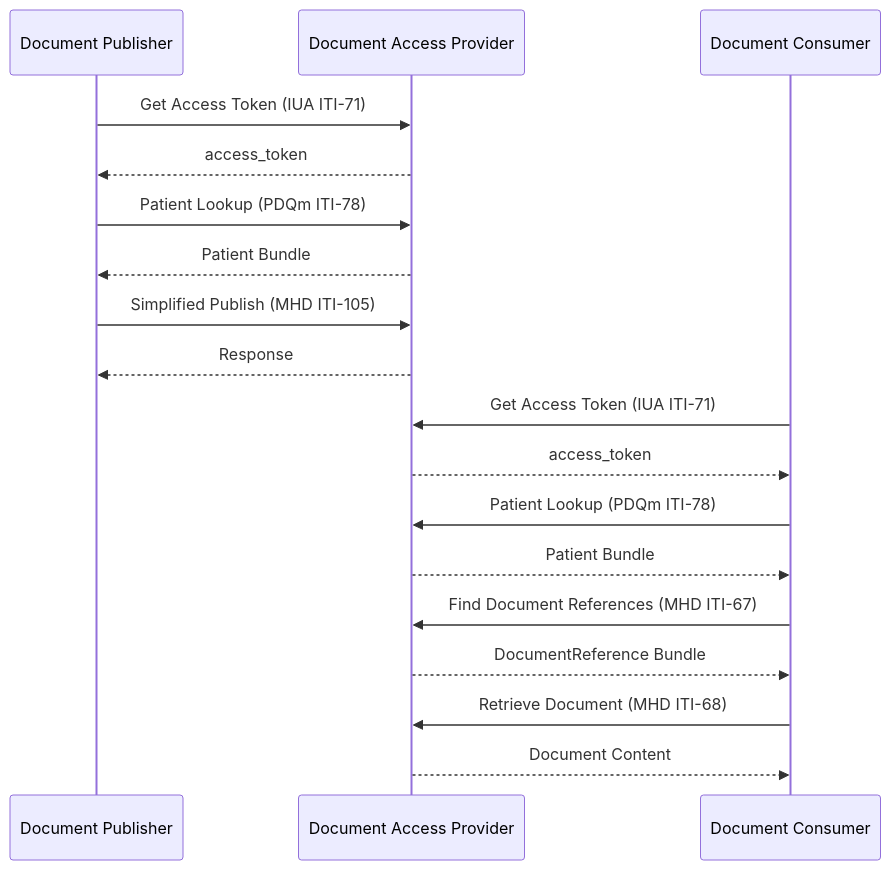
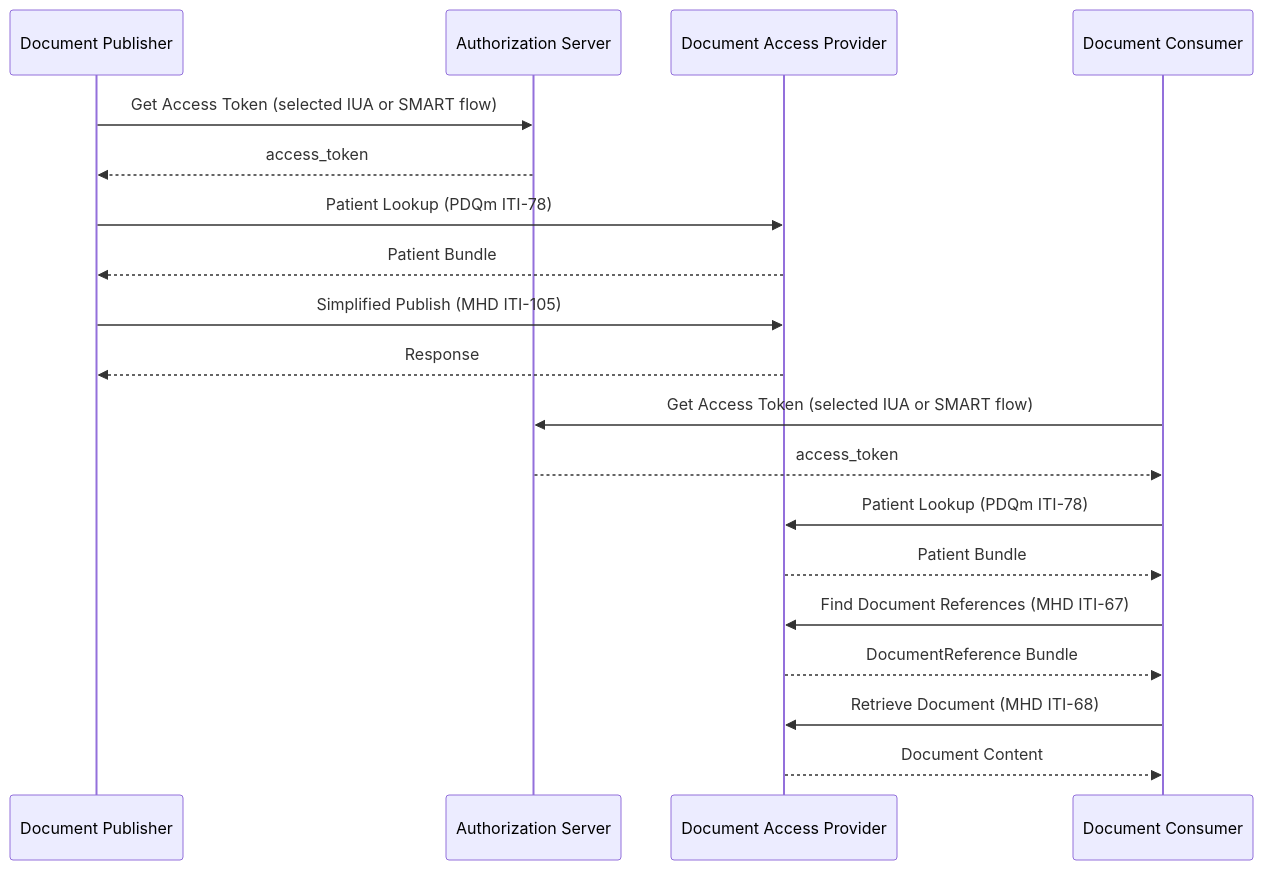
The first of 2 diagrams in input/pagecontent/actors.md (euridice-org/eu-health-data-api), drawn with Mermaid before and after one commit. The commit also changed other lines of this file and 22 other files, not shown here.

````diff
--- a/input/pagecontent/actors.md
+++ b/input/pagecontent/actors.md
@@ -69,22 +69,23 @@
 ```mermaid
 sequenceDiagram
     participant Publisher as Document Publisher
+  participant Authorization as Authorization Server
     participant Provider as Document Access Provider
     participant Consumer as Document Consumer
 
-    Publisher->>Provider: Get Access Token (IUA ITI-71)
-    Provider-->>Publisher: access_token
+  Publisher->>Authorization: Get Access Token (selected IUA or SMART flow)
+  Authorization-->>Publisher: access_token
     Publisher->>Provider: Patient Lookup (PDQm ITI-78)
     Provider-->>Publisher: Patient Bundle
     Publisher->>Provider: Simplified Publish (MHD ITI-105)
     Provider-->>Publisher: Response
 
-    Consumer->>Provider: Get Access Token (IUA ITI-71)
-    Provider-->>Consumer: access_token
+    Consumer->>Authorization: Get Access Token (selected IUA or SMART flow)
+    Authorization-->>Consumer: access_token
     Consumer->>Provider: Patient Lookup (PDQm ITI-78)
     Provider-->>Consumer: Patient Bundle
     Consumer->>Provider: Find Document References (MHD ITI-67)
     Provider-->>Consumer: DocumentReference Bundle
     Consumer->>Provider: Retrieve Document (MHD ITI-68)
     Provider-->>Consumer: Document Content
 ```
````
